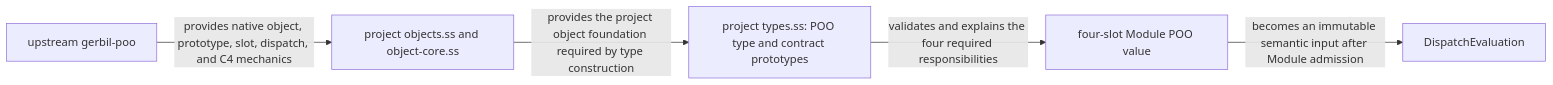
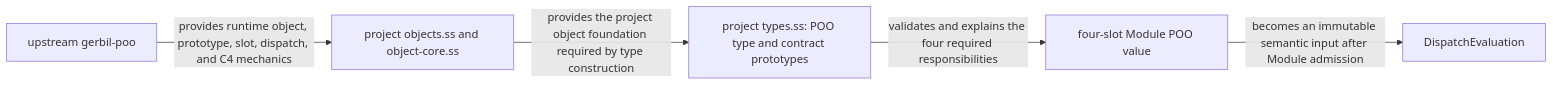
Before and after one commit to tao3k/gebril-yuanxu: the second of 2 diagrams in module-system/design/45-120-module-domain-upstream-operation-correspondence-and-thin-adapter-admission-contract.org, drawn with Mermaid. The commit also changed other lines of this file and 1469 other files, not shown here.

```diff
--- a/module-system/design/45-120-module-domain-upstream-operation-correspondence-and-thin-adapter-admission-contract.org
+++ b/module-system/design/45-120-module-domain-upstream-operation-correspondence-and-thin-adapter-admission-contract.org
@@ -353,7 +353,7 @@
 #+begin_src mermaid
 flowchart LR
-  U["upstream gerbil-poo"] -->|"provides native object, prototype, slot, dispatch, and C4 mechanics"| O["project objects.ss and object-core.ss"]
+  U["upstream gerbil-poo"] -->|"provides runtime object, prototype, slot, dispatch, and C4 mechanics"| O["project objects.ss and object-core.ss"]
   O -->|"provides the project object foundation required by type construction"| T["project types.ss: POO type and contract prototypes"]
   T -->|"validates and explains the four required responsibilities"| M["four-slot Module POO value"]
   M -->|"becomes an immutable semantic input after Module admission"| D["DispatchEvaluation"]
 #+end_src
```
